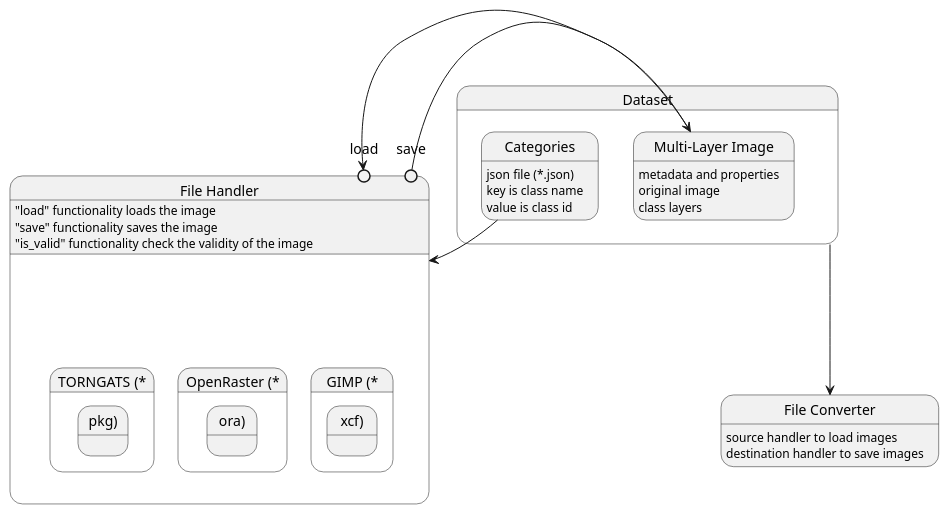
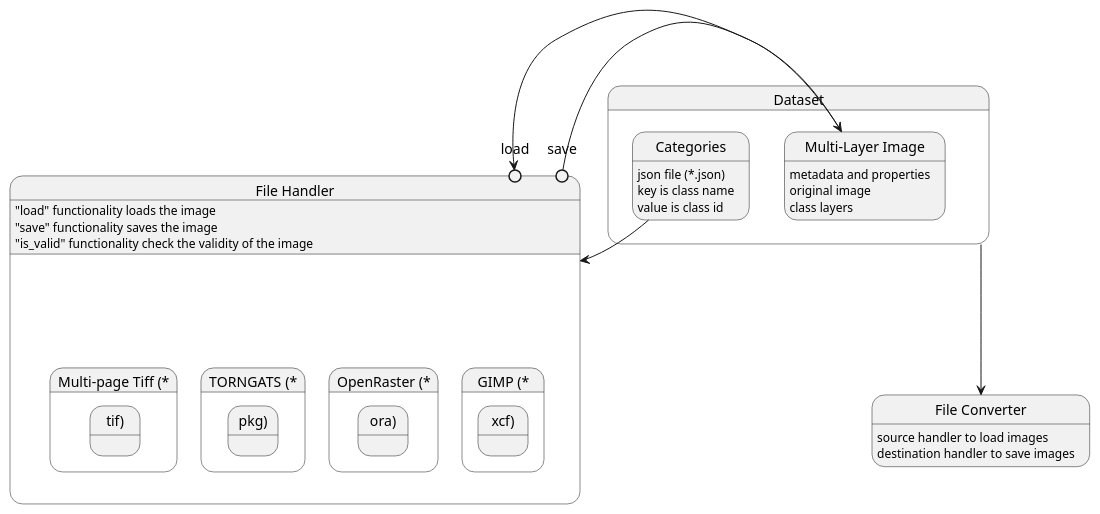
Before and after one commit to TORNGATS/yoyo-labeling-assist: the diagram in docs/design.puml, drawn with PlantUML. The commit also changed 1 other file, not shown here.

```diff
--- a/docs/design.puml
+++ b/docs/design.puml
@@ -2,86 +2,87 @@
 @startuml Abstract Design
 
 state Dataset {
     state "Multi-Layer Image" as data {
         data : metadata and properties
         data : original image
         data : class layers
     }
     state "Categories" as cats {
         cats : json file (*.json)
         cats : key is class name
         cats : value is class id
     }
 }
 
 state "File Handler" as handler {
     handler : "load" functionality loads the image
     handler : "save" functionality saves the image
     handler : "is_valid" functionality check the validity of the image
 
     state "GIMP (*.xcf)"
     state "OpenRaster (*.ora)"
     state "TORNGATS (*.pkg)"
+    state "Multi-page Tiff (*.tif)"
 
     state load <<entryPoint>>
     state save <<entryPoint>>
 }
 
 data --> load
 save -> data
 cats --> handler
 
 state "File Converter" as conv {
     conv : source handler to load images
     conv : destination handler to save images
 }
 
 Dataset --> conv
 
 ' state "Thermal Sequence Analysis" as tsa {
 '     state "Continuous Thermal Sequence" as acts {
 '     }
 '     state "Discrete Thermal Sequence" as adts {
 '         adts : Datasets are sampled using fixed time period
 '     }
 '     state "Regressed Thermal Sequence" as rts {
 '         state "Polynomial Regression" as pr_rts
 '         state "Step Functio" as sf_rts
 '         state "Basis Function" as bf_rts
 '         state "Spline Regression" as sr_rts
 '         state "Smoothing Splines" as ss_rts
 '         state "Local Regression" as lr_rts
 '         state "Generalized Additive Models" as gam_rts
 '         rts --[hidden]> pr_rts
 '         rts --[hidden]> sf_rts
 '         rts --[hidden]> bf_rts
 '         ss_rts --[hidden]> sr_rts
 '         rts --[hidden]> sr_rts
 '     }
 '     acts --> sequence <<exitPoint>>
 '     adts --> sequence <<exitPoint>>
 '     rts --> sequence <<exitPoint>>
 ' }
 
 ' Dataset --> acts
 ' Dataset --> adts
 ' Dataset --> rts
 
 
 ' state "Defect Assessment using Thermal Sequence" as dats {
 '     state "PCA" as pca
 '     state "PPT" as ppt
 ' }
 
 ' sequence --> pca
 ' sequence --> ppt
 
 ' state "Calculation of Metrics for Evaluation" as cme {
 '     state data <<entryPoint>>
 ' }
 
 ' ppt --> data
 ' pca --> data
 ' cme -l-> [*]
 
 @enduml
```
